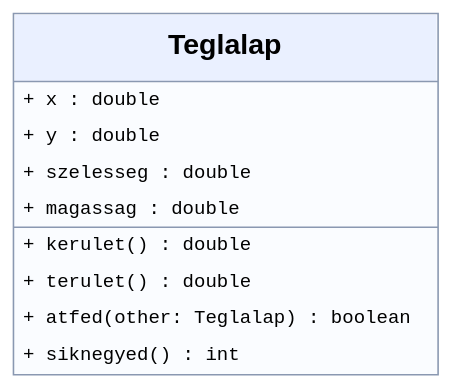
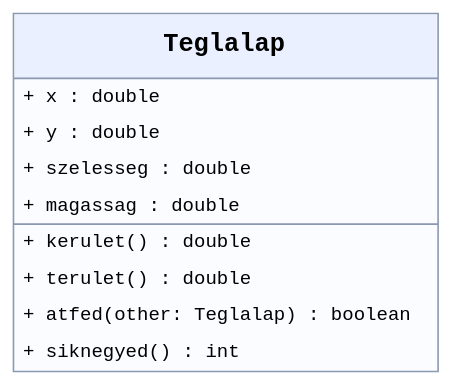
Before and after one commit to edetroll/java-oop: the diagram in content/chapters/02-osztalyok/media/teglalap.dot, drawn with Graphviz. The commit also changed 38 other files, not shown here.

```diff
--- a/content/chapters/02-osztalyok/media/teglalap.dot
+++ b/content/chapters/02-osztalyok/media/teglalap.dot
@@ -1,1 +1,1 @@
-digraph G { graph [bgcolor="transparent",margin=0,pad=0.03]; node [shape=plain]; cl [label=<<TABLE BORDER="1" CELLBORDER="0" CELLSPACING="0" CELLPADDING="3" COLOR="#8a98b1" BGCOLOR="#fafcff"><TR><TD BGCOLOR="#eaf0ff" CELLPADDING="11"><FONT FACE="Arial" POINT-SIZE="18"><B>Teglalap</B></FONT></TD></TR><HR/><TR><TD ALIGN="LEFT" BALIGN="LEFT" CELLPADDING="5"><FONT FACE="monospace" POINT-SIZE="12">+ x : double</FONT></TD></TR><TR><TD ALIGN="LEFT" BALIGN="LEFT" CELLPADDING="5"><FONT FACE="monospace" POINT-SIZE="12">+ y : double</FONT></TD></TR><TR><TD ALIGN="LEFT" BALIGN="LEFT" CELLPADDING="5"><FONT FACE="monospace" POINT-SIZE="12">+ szelesseg : double</FONT></TD></TR><TR><TD ALIGN="LEFT" BALIGN="LEFT" CELLPADDING="5"><FONT FACE="monospace" POINT-SIZE="12">+ magassag : double</FONT></TD></TR><HR/><TR><TD ALIGN="LEFT" BALIGN="LEFT" CELLPADDING="5"><FONT FACE="monospace" POINT-SIZE="12">+ kerulet() : double</FONT></TD></TR><TR><TD ALIGN="LEFT" BALIGN="LEFT" CELLPADDING="5"><FONT FACE="monospace" POINT-SIZE="12">+ terulet() : double</FONT></TD></TR><TR><TD ALIGN="LEFT" BALIGN="LEFT" CELLPADDING="5"><FONT FACE="monospace" POINT-SIZE="12">+ atfed(other: Teglalap) : boolean</FONT></TD></TR><TR><TD ALIGN="LEFT" BALIGN="LEFT" CELLPADDING="5"><FONT FACE="monospace" POINT-SIZE="12">+ siknegyed() : int</FONT></TD></TR></TABLE>>]; }
+digraph G { graph [bgcolor="transparent",margin=0,pad=0.03]; node [fontname="Liberation Mono",fontsize=12,shape=plain]; cl [label=<<TABLE BORDER="1" CELLBORDER="0" CELLSPACING="0" CELLPADDING="3" COLOR="#8a98b1" BGCOLOR="#fafcff"><TR><TD BGCOLOR="#eaf0ff" CELLPADDING="11"><FONT FACE="Liberation Mono" POINT-SIZE="16"><B>Teglalap</B></FONT></TD></TR><HR/><TR><TD ALIGN="LEFT" BALIGN="LEFT" CELLPADDING="5"><FONT FACE="Liberation Mono" POINT-SIZE="12">+ x : double</FONT></TD></TR><TR><TD ALIGN="LEFT" BALIGN="LEFT" CELLPADDING="5"><FONT FACE="Liberation Mono" POINT-SIZE="12">+ y : double</FONT></TD></TR><TR><TD ALIGN="LEFT" BALIGN="LEFT" CELLPADDING="5"><FONT FACE="Liberation Mono" POINT-SIZE="12">+ szelesseg : double</FONT></TD></TR><TR><TD ALIGN="LEFT" BALIGN="LEFT" CELLPADDING="5"><FONT FACE="Liberation Mono" POINT-SIZE="12">+ magassag : double</FONT></TD></TR><HR/><TR><TD ALIGN="LEFT" BALIGN="LEFT" CELLPADDING="5"><FONT FACE="Liberation Mono" POINT-SIZE="12">+ kerulet() : double</FONT></TD></TR><TR><TD ALIGN="LEFT" BALIGN="LEFT" CELLPADDING="5"><FONT FACE="Liberation Mono" POINT-SIZE="12">+ terulet() : double</FONT></TD></TR><TR><TD ALIGN="LEFT" BALIGN="LEFT" CELLPADDING="5"><FONT FACE="Liberation Mono" POINT-SIZE="12">+ atfed(other: Teglalap) : boolean</FONT></TD></TR><TR><TD ALIGN="LEFT" BALIGN="LEFT" CELLPADDING="5"><FONT FACE="Liberation Mono" POINT-SIZE="12">+ siknegyed() : int</FONT></TD></TR></TABLE>>]; }
```
